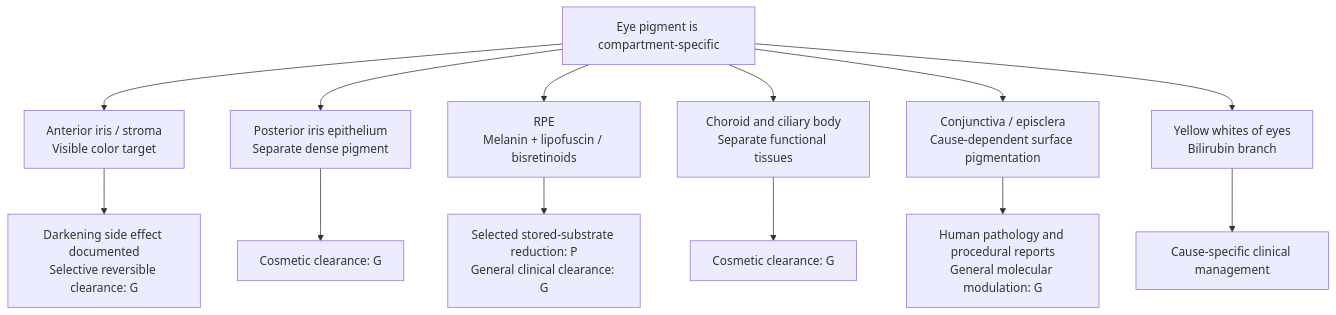
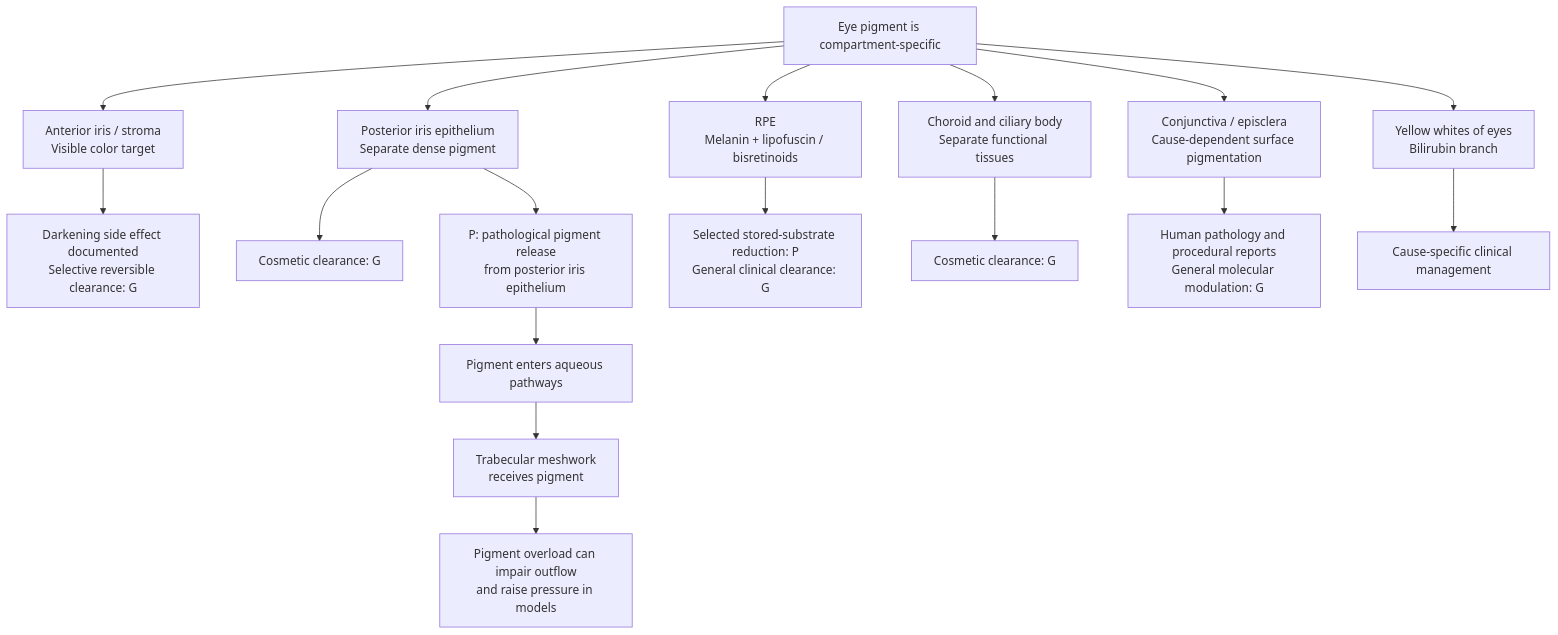
Before and after one commit to dylanstechmann/iris-color-without-contacts: the fourth of 11 diagrams in research/tissue-pigment-atlas.md, drawn with Mermaid. The commit also changed other lines of this file, not shown here.

Commit message:
Map iris pigment release and downstream outflow constraint

````diff
--- a/research/tissue-pigment-atlas.md
+++ b/research/tissue-pigment-atlas.md
@@ -106,16 +106,20 @@
 ```mermaid
 flowchart TD
     E["Eye pigment is compartment-specific"]
     E --> A["Anterior iris / stroma<br/>Visible color target"]
     E --> B["Posterior iris epithelium<br/>Separate dense pigment"]
     E --> C["RPE<br/>Melanin + lipofuscin / bisretinoids"]
     E --> D["Choroid and ciliary body<br/>Separate functional tissues"]
     E --> F["Conjunctiva / episclera<br/>Cause-dependent surface pigmentation"]
     E --> Y["Yellow whites of eyes<br/>Bilirubin branch"]
     A --> A1["Darkening side effect documented<br/>Selective reversible clearance: G"]
     B --> B1["Cosmetic clearance: G"]
+    B --> P["P: pathological pigment release<br/>from posterior iris epithelium"]
+    P --> Q["Pigment enters aqueous pathways"]
+    Q --> T["Trabecular meshwork<br/>receives pigment"]
+    T --> T1["Pigment overload can impair outflow<br/>and raise pressure in models"]
     C --> C1["Selected stored-substrate reduction: P<br/>General clinical clearance: G"]
     D --> D1["Cosmetic clearance: G"]
     F --> F1["Human pathology and procedural reports<br/>General molecular modulation: G"]
     Y --> Y1["Cause-specific clinical management"]
 ```
````
